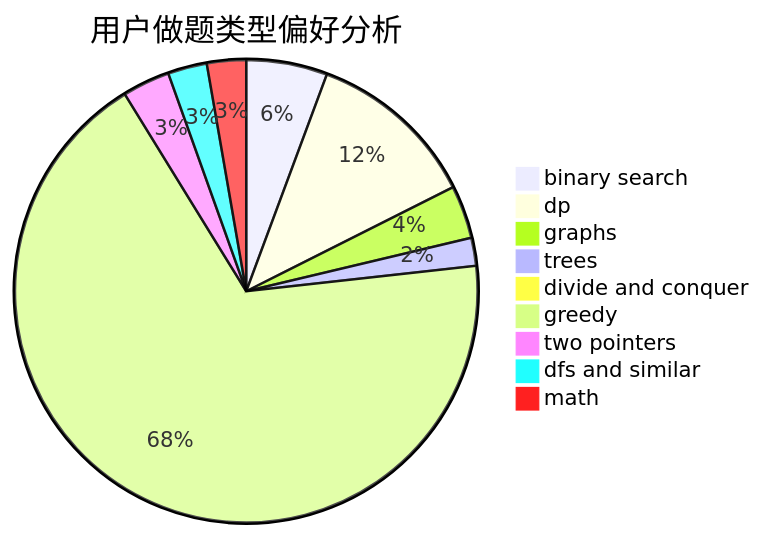
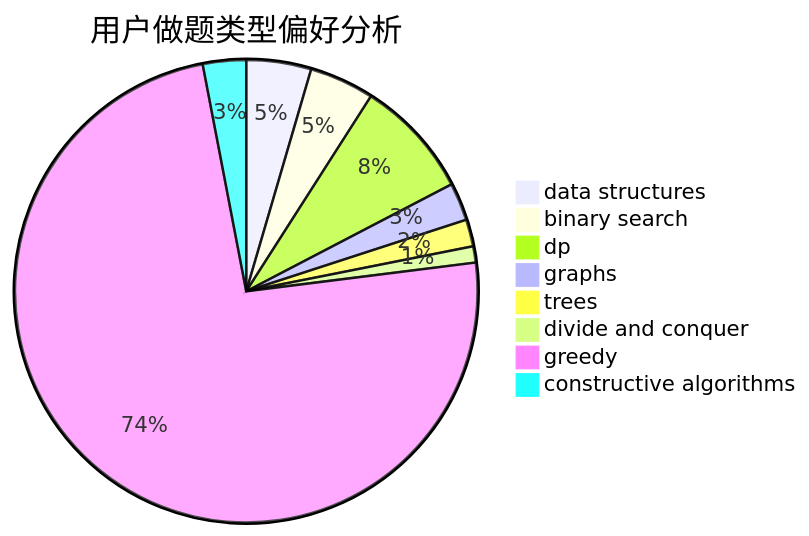
One commit to sherpahu/cfrs.github.io changed the second of 3 diagrams in docs/user/u1987.md. Above: the diagram before and after it, drawn with Mermaid. The commit also changed other lines of this file and 2775 other files, not shown here.

````diff
--- a/docs/user/u1987.md
+++ b/docs/user/u1987.md
@@ -23,12 +23,11 @@
 ```mermaid
 pie title 用户做题类型偏好分析
-    "binary search" :  29
-    "dp" :  61
-    "graphs" :  19
-    "trees" :  10
+    "data structures" :  12
+    "binary search" :  12
+    "dp" :  22
+    "graphs" :  7
+    "trees" :  5
     "divide and conquer" :  3
-    "greedy" :  348
-    "two pointers" :  17
-    "dfs and similar" :  14
-    "math" :  14
+    "greedy" :  196
+    "constructive algorithms" :  8
 ```
````
